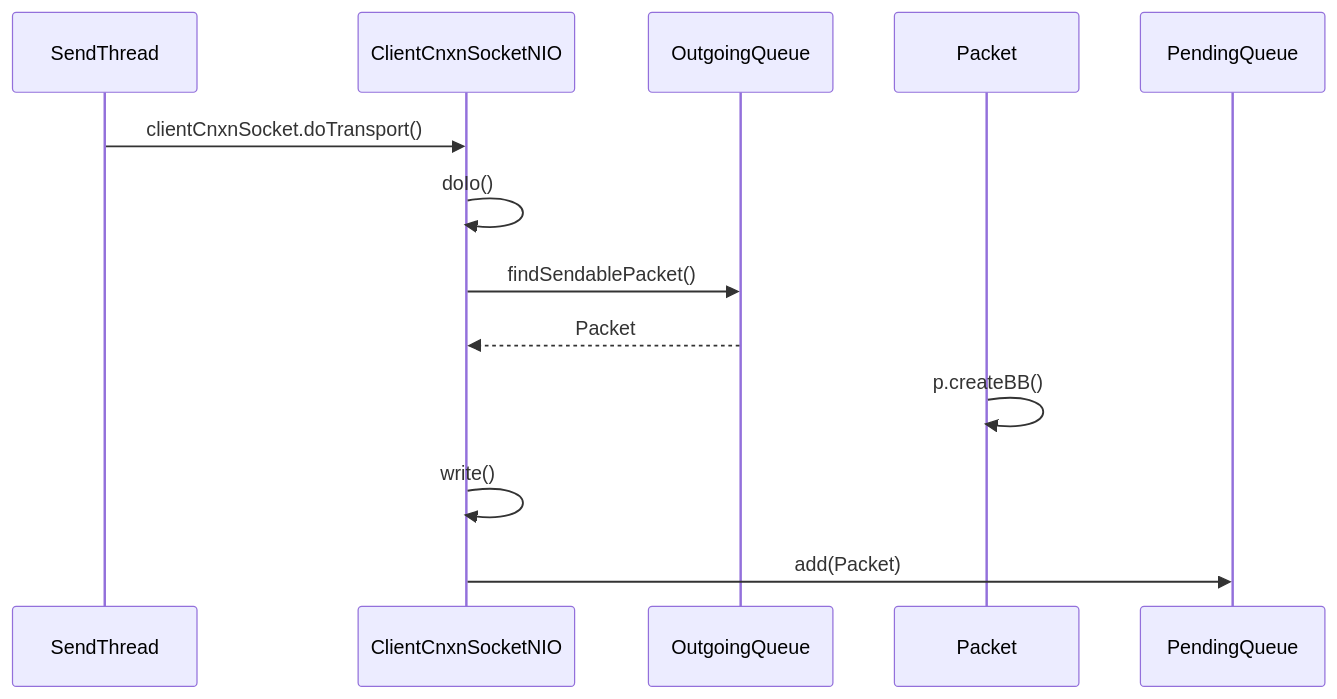
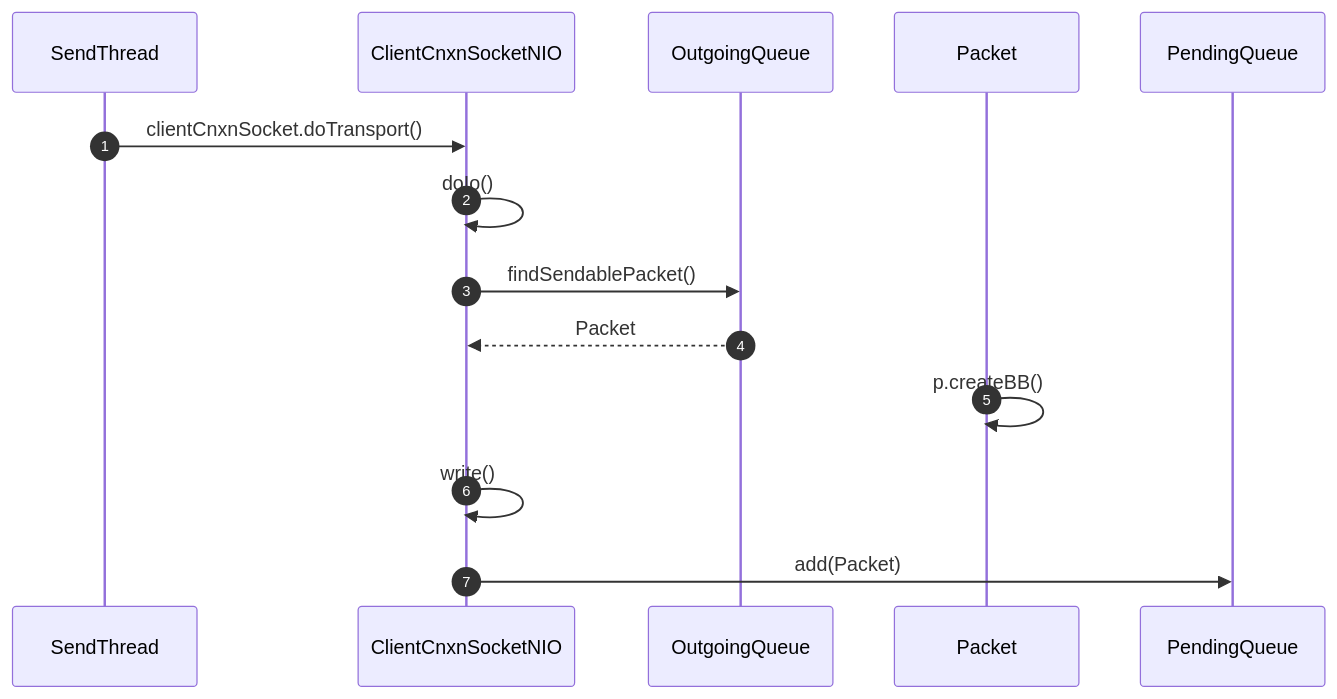
The fifth of 9 diagrams in work-2-02/分析 Zookeeper 设置数据操作(SetData) 的处理流程.md (liqi19950722/Work), drawn with Mermaid before and after one commit. The commit also changed other lines of this file, not shown here.

````diff
--- a/work-2-02/分析 Zookeeper 设置数据操作(SetData) 的处理流程.md
+++ b/work-2-02/分析 Zookeeper 设置数据操作(SetData) 的处理流程.md
@@ -148,11 +146,11 @@
 ```mermaid
 sequenceDiagram
-SendThread ->> ClientCnxnSocketNIO:  clientCnxnSocket.doTransport()
-ClientCnxnSocketNIO ->> ClientCnxnSocketNIO: doIo() 
-ClientCnxnSocketNIO ->> OutgoingQueue: findSendablePacket()
-OutgoingQueue -->> ClientCnxnSocketNIO: Packet
-Packet ->> Packet :p.createBB()
-ClientCnxnSocketNIO ->> ClientCnxnSocketNIO: write()
-ClientCnxnSocketNIO ->> PendingQueue: add(Packet)
-
+    autonumber
+    SendThread ->> ClientCnxnSocketNIO:  clientCnxnSocket.doTransport()
+    ClientCnxnSocketNIO ->> ClientCnxnSocketNIO: doIo() 
+    ClientCnxnSocketNIO ->> OutgoingQueue: findSendablePacket()
+    OutgoingQueue -->> ClientCnxnSocketNIO: Packet
+    Packet ->> Packet :p.createBB()
+    ClientCnxnSocketNIO ->> ClientCnxnSocketNIO: write()
+    ClientCnxnSocketNIO ->> PendingQueue: add(Packet)
 ```
````
